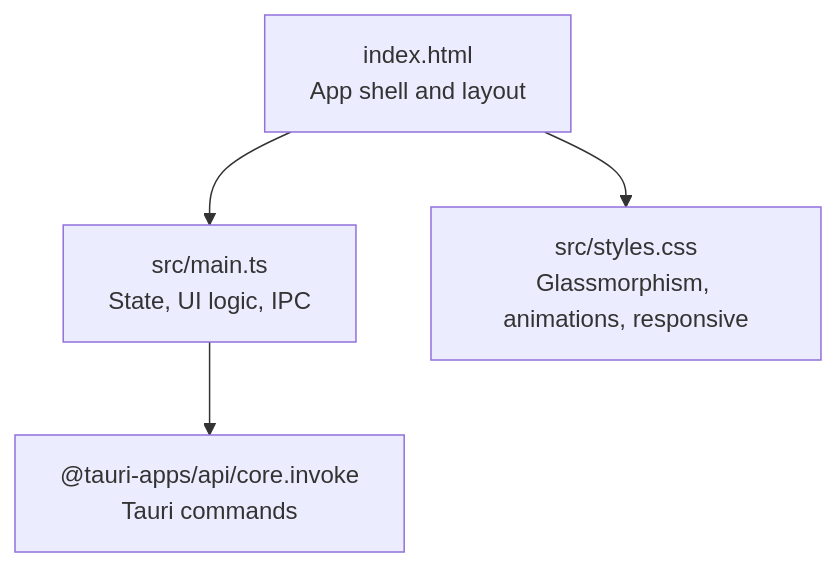
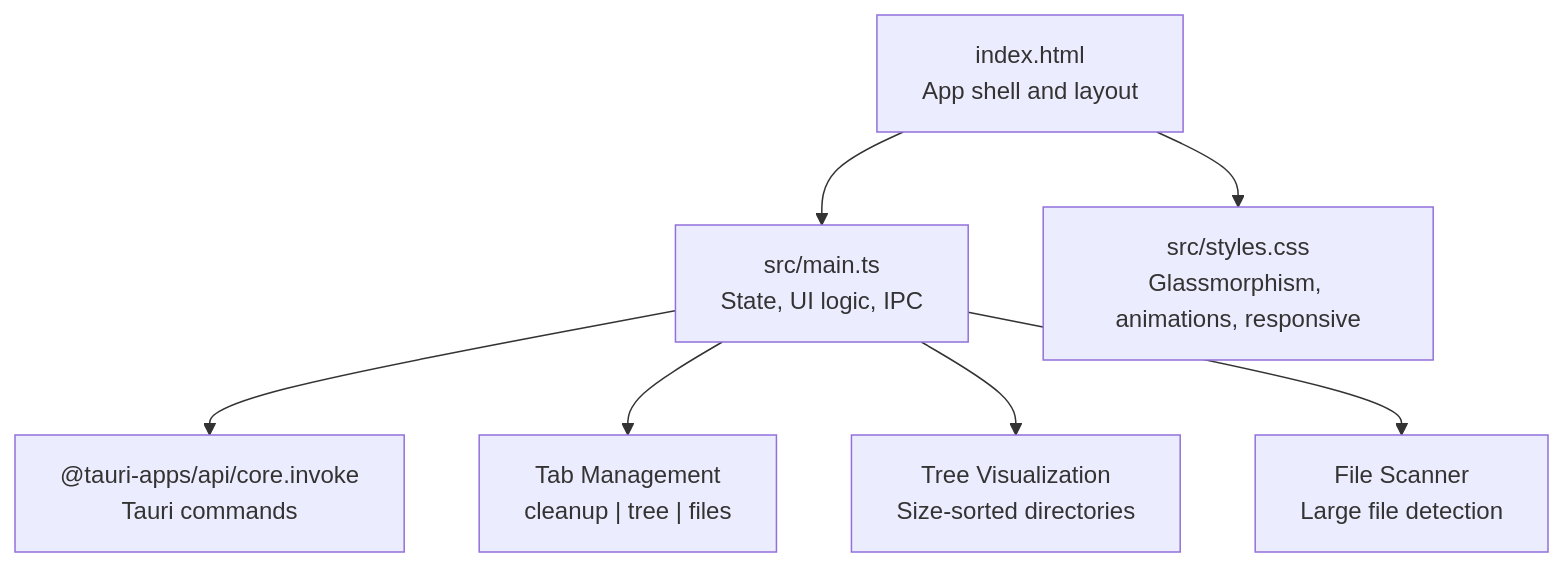
Before and after one commit to mrtruongleo/FreeSpaceMacos: the first of 12 diagrams in .qoder/repowiki/en/content/Technical Implementation Details/Frontend Architecture (TypeScript)/Frontend Architecture (TypeScript).md, drawn with Mermaid. The commit also changed other lines of this file and 31 other files, not shown here.

````diff
--- a/.qoder/repowiki/en/content/Technical Implementation Details/Frontend Architecture (TypeScript)/Frontend Architecture (TypeScript).md
+++ b/.qoder/repowiki/en/content/Technical Implementation Details/Frontend Architecture (TypeScript)/Frontend Architecture (TypeScript).md
@@ -39,6 +48,9 @@
 ```mermaid
 graph TB
 A["index.html<br/>App shell and layout"] --> B["src/main.ts<br/>State, UI logic, IPC"]
 A --> C["src/styles.css<br/>Glassmorphism, animations, responsive"]
 B --> D["@tauri-apps/api/core.invoke<br/>Tauri commands"]
+B --> E["Tab Management<br/>cleanup | tree | files"]
+B --> F["Tree Visualization<br/>Size-sorted directories"]
+B --> G["File Scanner<br/>Large file detection"]
 ```
````
